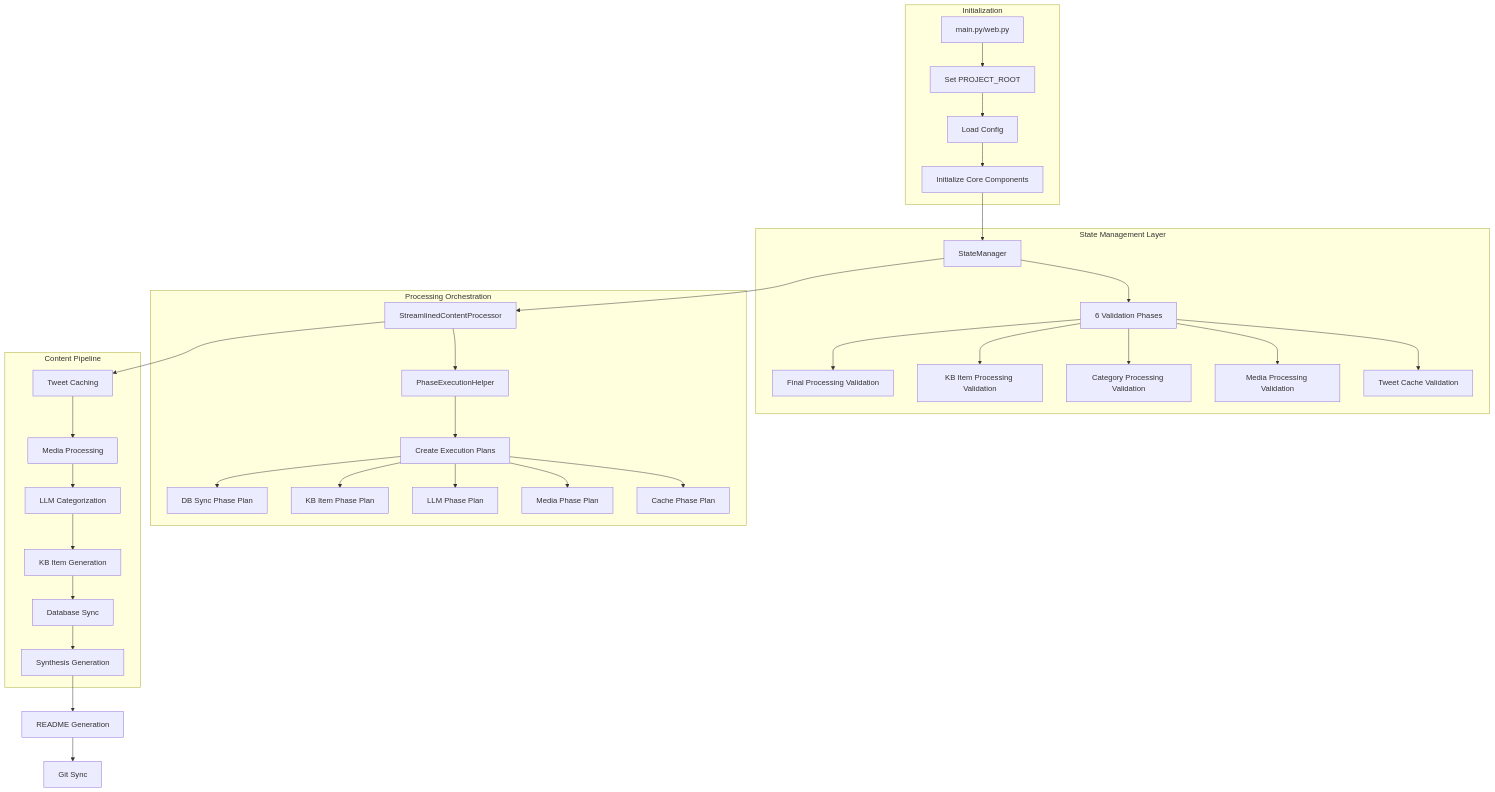
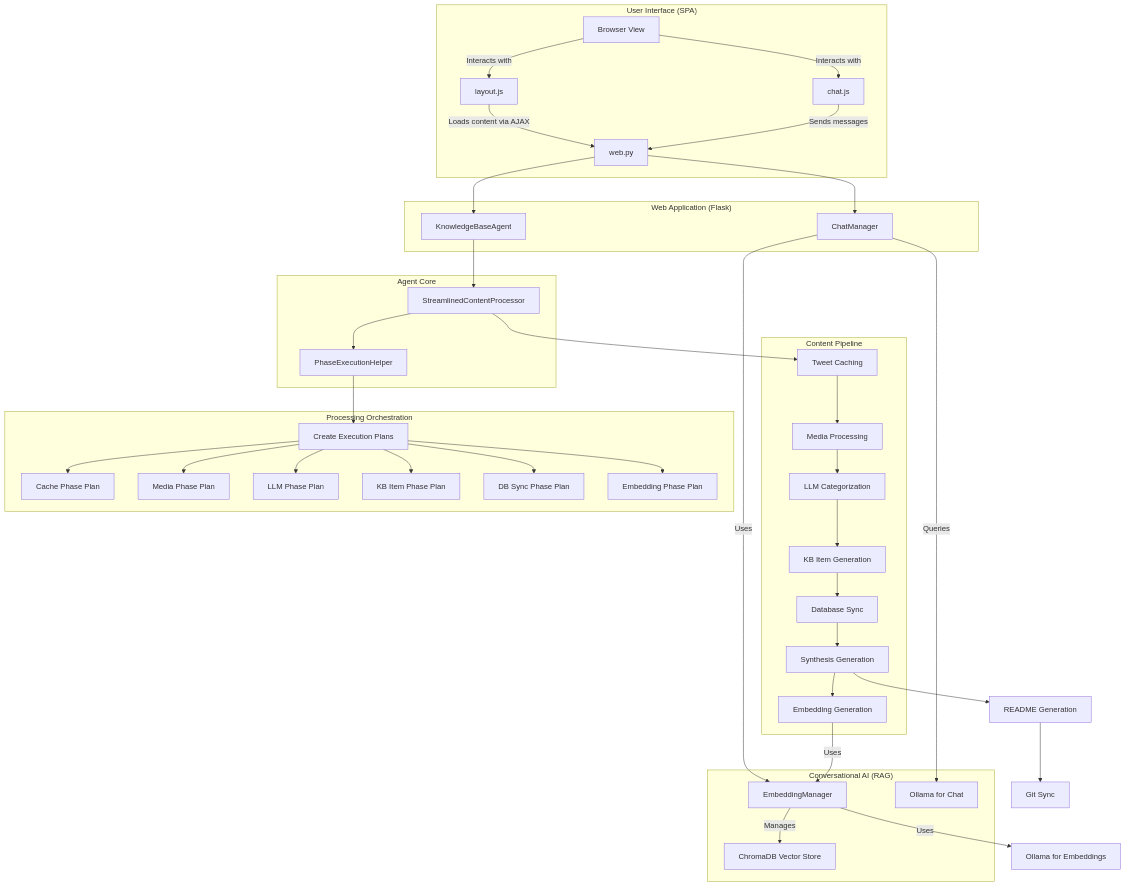
The first of 4 diagrams in knowledge-base/docs/implementation_plan.md (nepenth/AI-Agents), drawn with Mermaid before and after one commit. The commit also changed other lines of this file and 56 other files, not shown here.

Commit message:
Large scale front-end refactor, transforming into an SPA application. Added chat with your data type embedding model and chat interface -- refactored much internal logic in this regard.

````diff
--- a/knowledge-base/docs/implementation_plan.md
+++ b/knowledge-base/docs/implementation_plan.md
@@ -54,41 +88,56 @@
 ```mermaid
-graph TB
-    subgraph "Initialization"
-        A[main.py/web.py] --> B[Set PROJECT_ROOT]
-        B --> C[Load Config]
-        C --> D[Initialize Core Components]
+graph TD
+    subgraph "User Interface (SPA)"
+        UI_VIEW[Browser View]
+        UI_LAYOUT_JS[layout.js]
+        UI_CHAT_JS[chat.js]
+        
+        UI_VIEW -- Interacts with --> UI_LAYOUT_JS
+        UI_VIEW -- Interacts with --> UI_CHAT_JS
+        UI_LAYOUT_JS -- Loads content via AJAX --> WEB_APP
+        UI_CHAT_JS -- Sends messages --> WEB_APP
     end
-    
-    subgraph "State Management Layer"
-        E[StateManager] --> E1[6 Validation Phases]
-        E1 --> E2[Tweet Cache Validation]
-        E1 --> E3[Media Processing Validation] 
-        E1 --> E4[Category Processing Validation]
-        E1 --> E5[KB Item Processing Validation]
-        E1 --> E6[Final Processing Validation]
+
+    subgraph "Web Application (Flask)"
+        WEB_APP[web.py]
+        WEB_APP --> AGENT[KnowledgeBaseAgent]
+        WEB_APP --> CHAT_MANAGER[ChatManager]
+    end
+
+    subgraph "Agent Core"
+        AGENT --> F[StreamlinedContentProcessor]
+        F --> G[PhaseExecutionHelper]
+    end
+
+    subgraph "Conversational AI (RAG)"
+        CHAT_MANAGER -- Uses --> EMBEDDING_MANAGER[EmbeddingManager]
+        CHAT_MANAGER -- Queries --> OLLAMA_CHAT[Ollama for Chat]
+        EMBEDDING_MANAGER -- Manages --> VECTOR_DB[ChromaDB Vector Store]
+    end
+
+    subgraph "Content Pipeline"
+        H[Tweet Caching] --> I[Media Processing]
+        I --> J[LLM Categorization]
+        J --> K[KB Item Generation]
+        K --> L[Database Sync]
+        L --> M[Synthesis Generation]
+        M --> EMBED_GEN[Embedding Generation]
     end
     
     subgraph "Processing Orchestration"
-        F[StreamlinedContentProcessor] --> G[PhaseExecutionHelper]
         G --> G1[Create Execution Plans]
         G1 --> G2[Cache Phase Plan]
         G1 --> G3[Media Phase Plan]
         G1 --> G4[LLM Phase Plan]
         G1 --> G5[KB Item Phase Plan]
         G1 --> G6[DB Sync Phase Plan]
+        G1 --> G7[Embedding Phase Plan]
     end
+
+    EMBED_GEN -- Uses --> EMBEDDING_MANAGER
+    EMBEDDING_MANAGER -- Uses --> OLLAMA_EMBED[Ollama for Embeddings]
     
-    subgraph "Content Pipeline"
-        H[Tweet Caching] --> I[Media Processing]
-        I --> J[LLM Categorization]
-        J --> K[KB Item Generation]
-        K --> L[Database Sync]
-        L --> M[Synthesis Generation]
-    end
-    
-    D --> E
-    E --> F
     F --> H
     M --> N[README Generation]
     N --> O[Git Sync]
 ```
````
